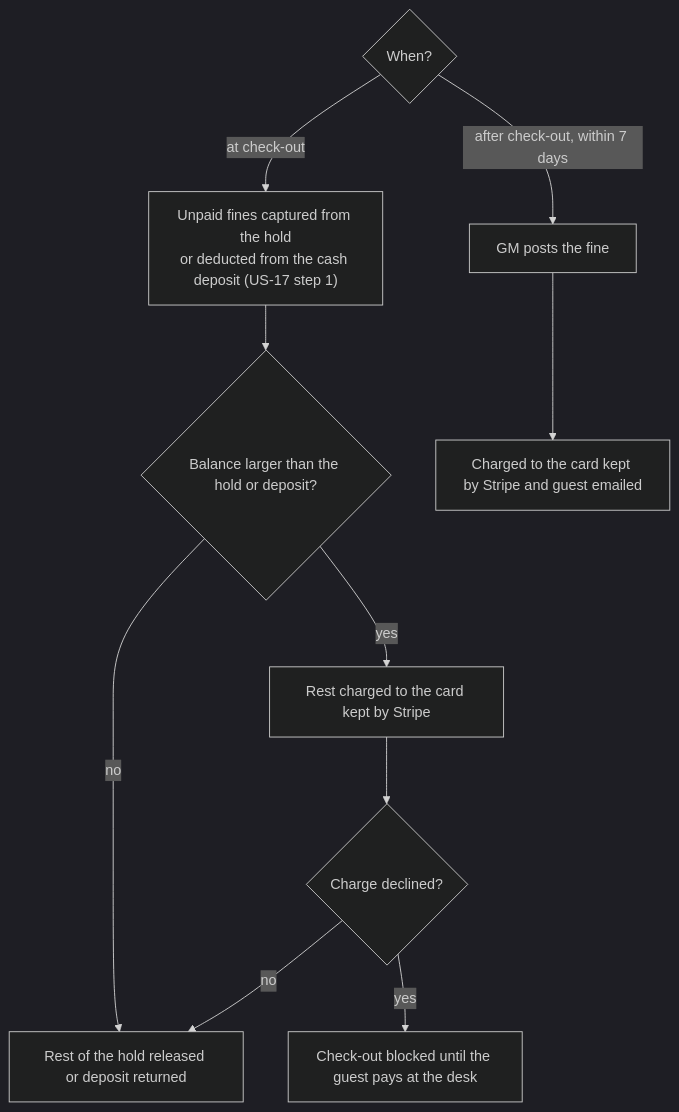
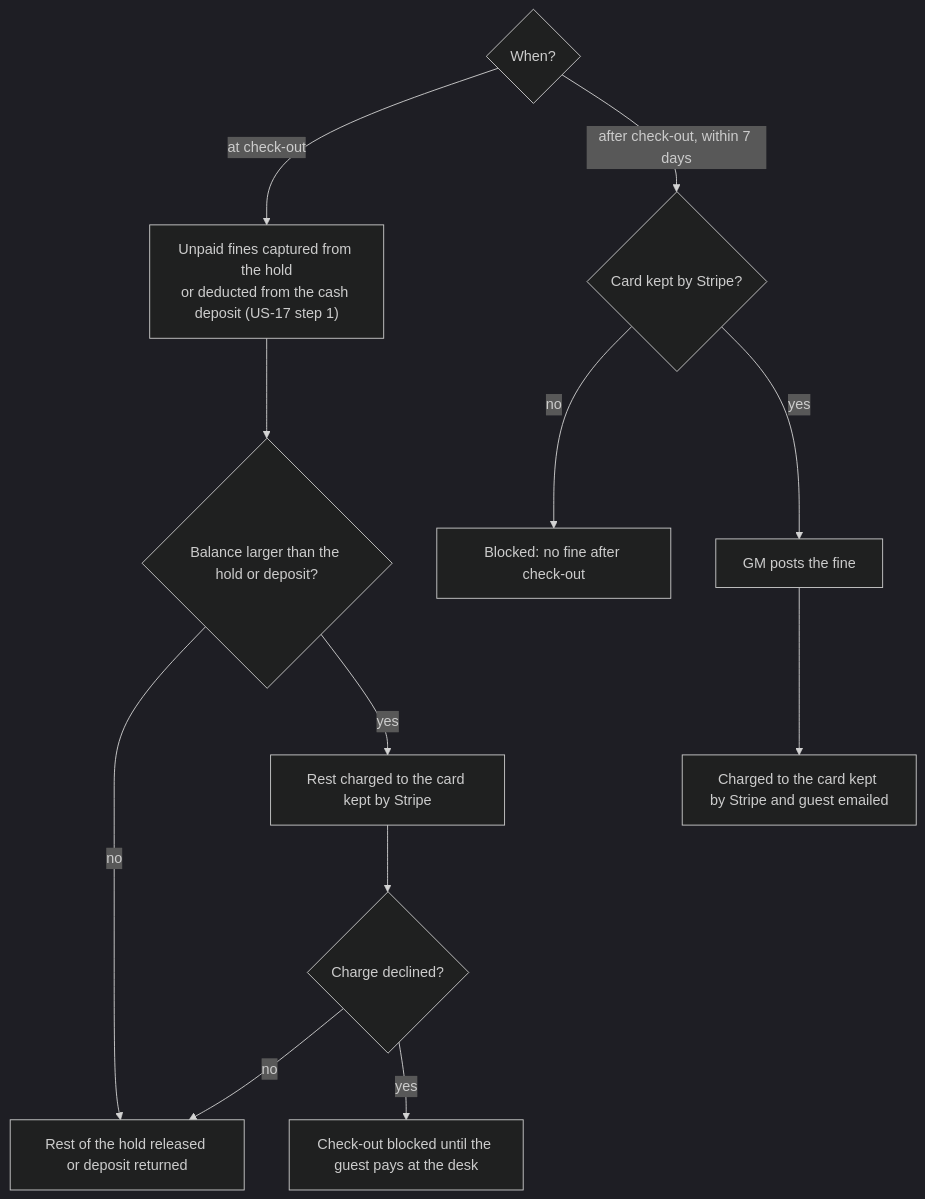
Before and after one commit to BraceroInSabot/Motel-Starmie: the fourth of 4 diagrams in docs/Initial Requirements/Diagrams/US-16 - Policy Violation Fine.md, drawn with Mermaid (dark theme). The commit also changed other lines of this file and 15 other files, not shown here.

````diff
--- a/docs/Initial Requirements/Diagrams/US-16 - Policy Violation Fine.md
+++ b/docs/Initial Requirements/Diagrams/US-16 - Policy Violation Fine.md
@@ -250,12 +251,14 @@
 ```mermaid
 flowchart TD
     A{When?} -- at check-out --> B["Unpaid fines captured from the hold<br/>or deducted from the cash deposit (US-17 step 1)"]
     B --> C{Balance larger than the hold or deposit?}
     C -- no --> D[Rest of the hold released or deposit returned]
     C -- yes --> E[Rest charged to the card kept by Stripe]
     E --> F{Charge declined?}
     F -- no --> D
     F -- yes --> G[Check-out blocked until the guest pays at the desk]
-    A -- "after check-out, within 7 days" --> H[GM posts the fine]
+    A -- "after check-out, within 7 days" --> K{Card kept by Stripe?}
+    K -- no --> L[Blocked: no fine after check-out]
+    K -- yes --> H[GM posts the fine]
     H --> I[Charged to the card kept by Stripe and guest emailed]
 ```
````
